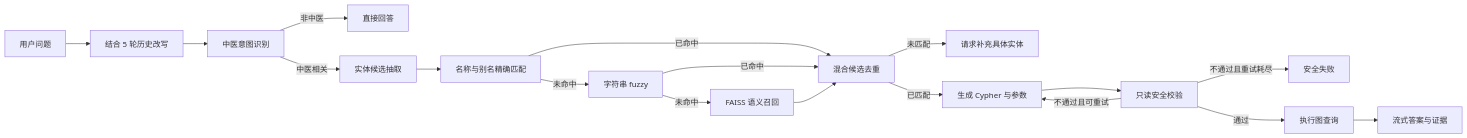
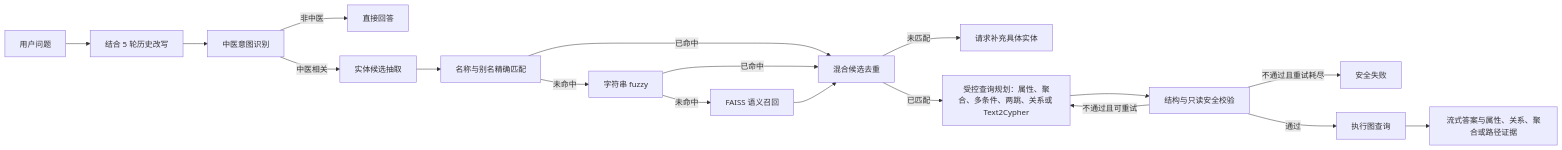
One commit to zhongzubin/Chinese_medicine_knowledgegraph changed the diagram in docs/graph_qa/README.md. Above: the diagram before and after it, drawn with Mermaid. The commit also changed other lines of this file and 8 other files, not shown here.

Commit message:
docs(graph_qa): align roadmap with query and agent status

````diff
--- a/docs/graph_qa/README.md
+++ b/docs/graph_qa/README.md
@@ -80,20 +83,20 @@
 ```mermaid
 flowchart LR
     A[用户问题] --> B[结合 5 轮历史改写]
     B --> C[中医意图识别]
     C -->|非中医| D[直接回答]
     C -->|中医相关| E[实体候选抽取]
     E --> F[名称与别名精确匹配]
     F -->|未命中| F2[字符串 fuzzy]
     F2 -->|未命中| G[FAISS 语义召回]
     F -->|已命中| H[混合候选去重]
     F2 -->|已命中| H
     G --> H
     H -->|未匹配| I[请求补充具体实体]
-    H -->|已匹配| J[生成 Cypher 与参数]
-    J --> K[只读安全校验]
+    H -->|已匹配| J[受控查询规划：属性、聚合、多条件、两跳、关系或 Text2Cypher]
+    J --> K[结构与只读安全校验]
     K -->|不通过且可重试| J
     K -->|不通过且重试耗尽| L[安全失败]
     K -->|通过| M[执行图查询]
-    M --> N[流式答案与证据]
+    M --> N[流式答案与属性、关系、聚合或路径证据]
 ```
````
